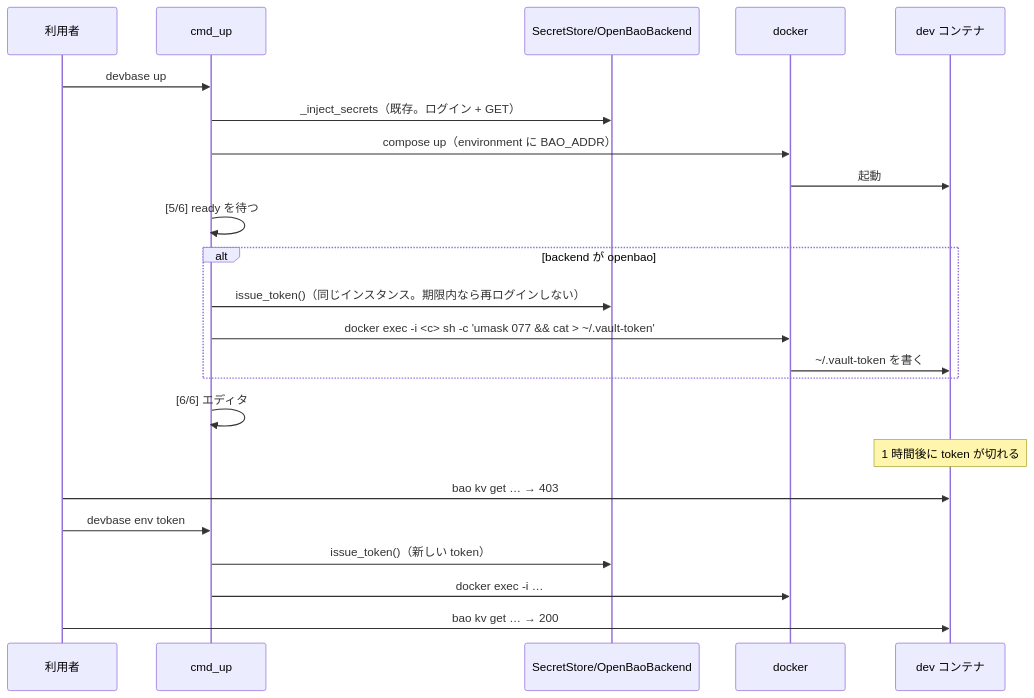
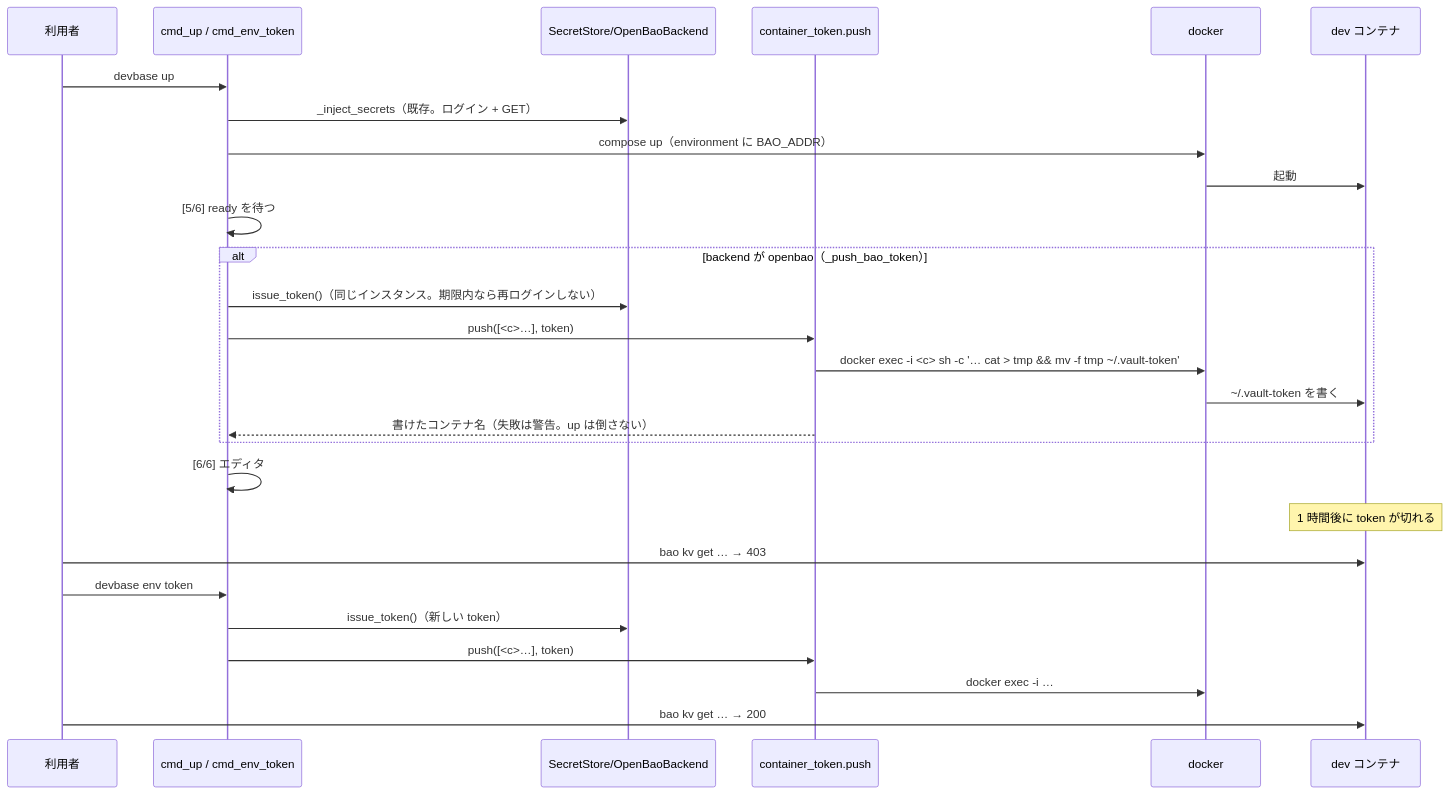
One commit to devbasex/devbase changed the third of 3 diagrams in issues/PLAN54_bao-in-container-design.md. Above: the diagram before and after it, drawn with Mermaid. The commit also changed other lines of this file and 1 other file, not shown here.

First line of the commit message:
docs(PLAN54): レビュー指摘に対応（決定 1 の反映漏れ、Pusher の責務境界、env token の引数、原子的な書き込み）

````diff
--- a/issues/PLAN54_bao-in-container-design.md
+++ b/issues/PLAN54_bao-in-container-design.md
@@ -149,25 +181,29 @@
 ```mermaid
 sequenceDiagram
     participant U as 利用者
-    participant UP as cmd_up
+    participant UP as cmd_up / cmd_env_token
     participant ST as SecretStore/OpenBaoBackend
+    participant P as container_token.push
     participant D as docker
     participant C as dev コンテナ
     U->>UP: devbase up
     UP->>ST: _inject_secrets（既存。ログイン + GET）
     UP->>D: compose up（environment に BAO_ADDR）
     D->>C: 起動
     UP->>UP: [5/6] ready を待つ
-    alt backend が openbao
+    alt backend が openbao（_push_bao_token）
         UP->>ST: issue_token()（同じインスタンス。期限内なら再ログインしない）
-        UP->>D: docker exec -i <c> sh -c 'umask 077 && cat > ~/.vault-token'
+        UP->>P: push([<c>…], token)
+        P->>D: docker exec -i <c> sh -c '… cat > tmp && mv -f tmp ~/.vault-token'
         D->>C: ~/.vault-token を書く
+        P-->>UP: 書けたコンテナ名（失敗は警告。up は倒さない）
     end
     UP->>UP: [6/6] エディタ
     Note over C: 1 時間後に token が切れる
     U->>C: bao kv get … → 403
     U->>UP: devbase env token
     UP->>ST: issue_token()（新しい token）
-    UP->>D: docker exec -i …
+    UP->>P: push([<c>…], token)
+    P->>D: docker exec -i …
     U->>C: bao kv get … → 200
 ```
````
